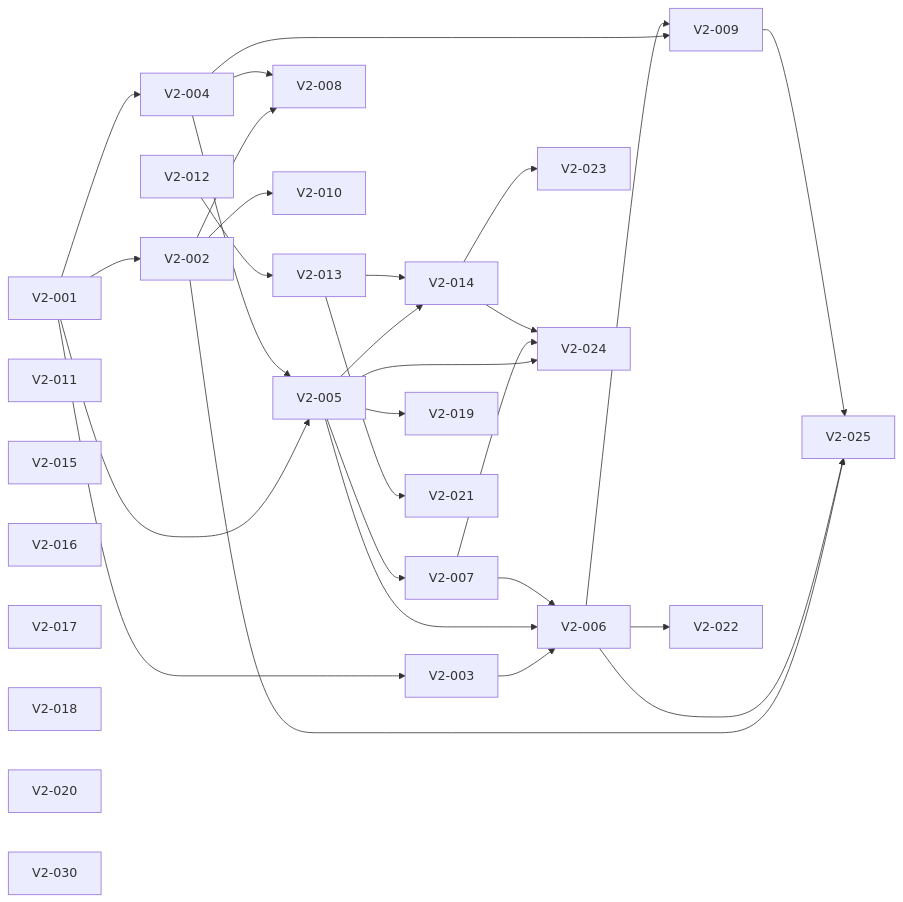
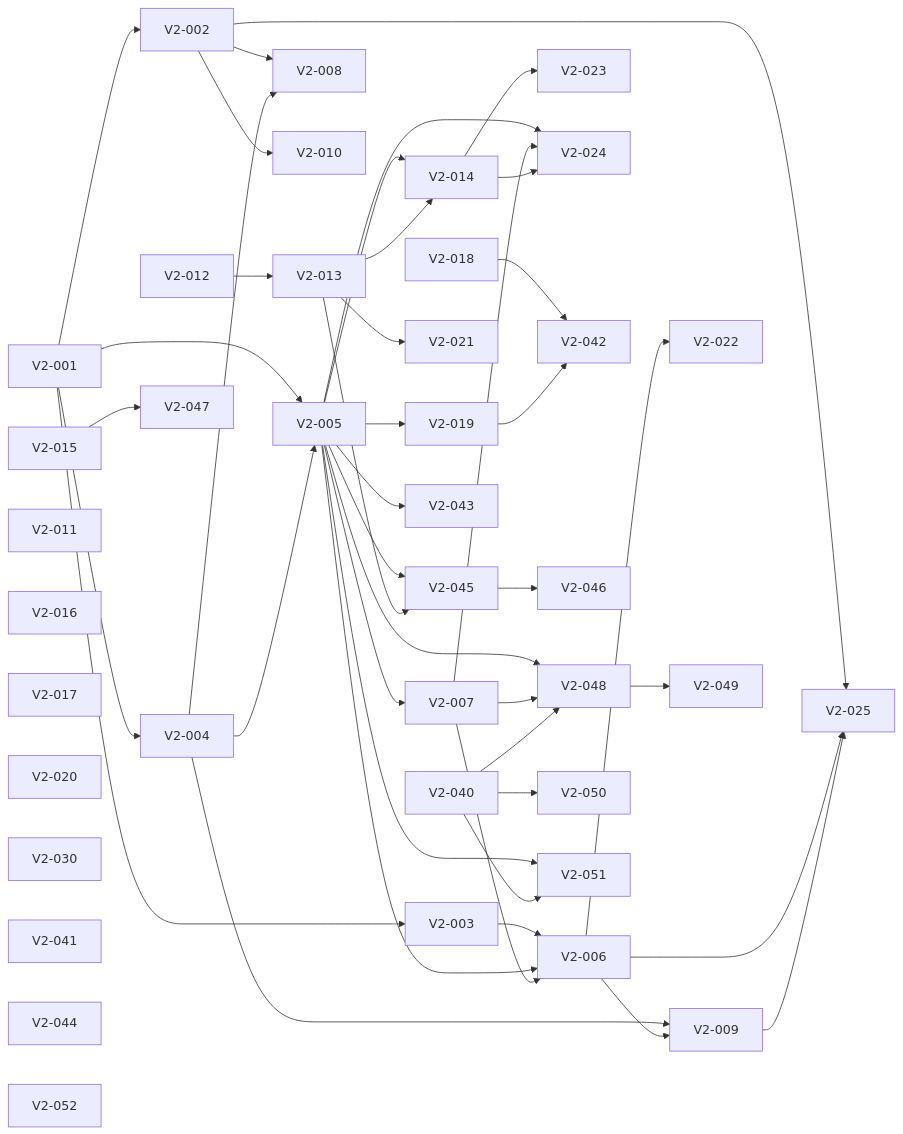
One commit to migdlp/opinion-social-media changed the diagram in docs/backlog-v2.md. Above: the diagram before and after it, drawn with Mermaid. The commit also changed other lines of this file and 3 other files, not shown here.

````diff
--- a/docs/backlog-v2.md
+++ b/docs/backlog-v2.md
@@ -149,37 +190,54 @@
 ```mermaid
 graph LR
   V2_001[V2-001] --> V2_002[V2-002]
   V2_001[V2-001] --> V2_003[V2-003]
   V2_001[V2-001] --> V2_004[V2-004]
   V2_001[V2-001] --> V2_005[V2-005]
   V2_004[V2-004] --> V2_005[V2-005]
   V2_003[V2-003] --> V2_006[V2-006]
   V2_005[V2-005] --> V2_006[V2-006]
   V2_007[V2-007] --> V2_006[V2-006]
   V2_005[V2-005] --> V2_007[V2-007]
   V2_002[V2-002] --> V2_008[V2-008]
   V2_004[V2-004] --> V2_008[V2-008]
   V2_004[V2-004] --> V2_009[V2-009]
   V2_006[V2-006] --> V2_009[V2-009]
   V2_002[V2-002] --> V2_010[V2-010]
   V2_012[V2-012] --> V2_013[V2-013]
   V2_005[V2-005] --> V2_014[V2-014]
   V2_013[V2-013] --> V2_014[V2-014]
   V2_005[V2-005] --> V2_019[V2-019]
   V2_013[V2-013] --> V2_021[V2-021]
   V2_006[V2-006] --> V2_022[V2-022]
   V2_014[V2-014] --> V2_023[V2-023]
   V2_005[V2-005] --> V2_024[V2-024]
   V2_007[V2-007] --> V2_024[V2-024]
   V2_014[V2-014] --> V2_024[V2-024]
   V2_002[V2-002] --> V2_025[V2-025]
   V2_006[V2-006] --> V2_025[V2-025]
   V2_009[V2-009] --> V2_025[V2-025]
+  V2_018[V2-018] --> V2_042[V2-042]
+  V2_019[V2-019] --> V2_042[V2-042]
+  V2_005[V2-005] --> V2_043[V2-043]
+  V2_005[V2-005] --> V2_045[V2-045]
+  V2_013[V2-013] --> V2_045[V2-045]
+  V2_045[V2-045] --> V2_046[V2-046]
+  V2_015[V2-015] --> V2_047[V2-047]
+  V2_005[V2-005] --> V2_048[V2-048]
+  V2_007[V2-007] --> V2_048[V2-048]
+  V2_040[V2-040] --> V2_048[V2-048]
+  V2_048[V2-048] --> V2_049[V2-049]
+  V2_040[V2-040] --> V2_050[V2-050]
+  V2_005[V2-005] --> V2_051[V2-051]
+  V2_040[V2-040] --> V2_051[V2-051]
   V2_011[V2-011]
   V2_015[V2-015]
   V2_016[V2-016]
   V2_017[V2-017]
   V2_018[V2-018]
   V2_020[V2-020]
   V2_030[V2-030]
+  V2_041[V2-041]
+  V2_044[V2-044]
+  V2_052[V2-052]
 ```
````
